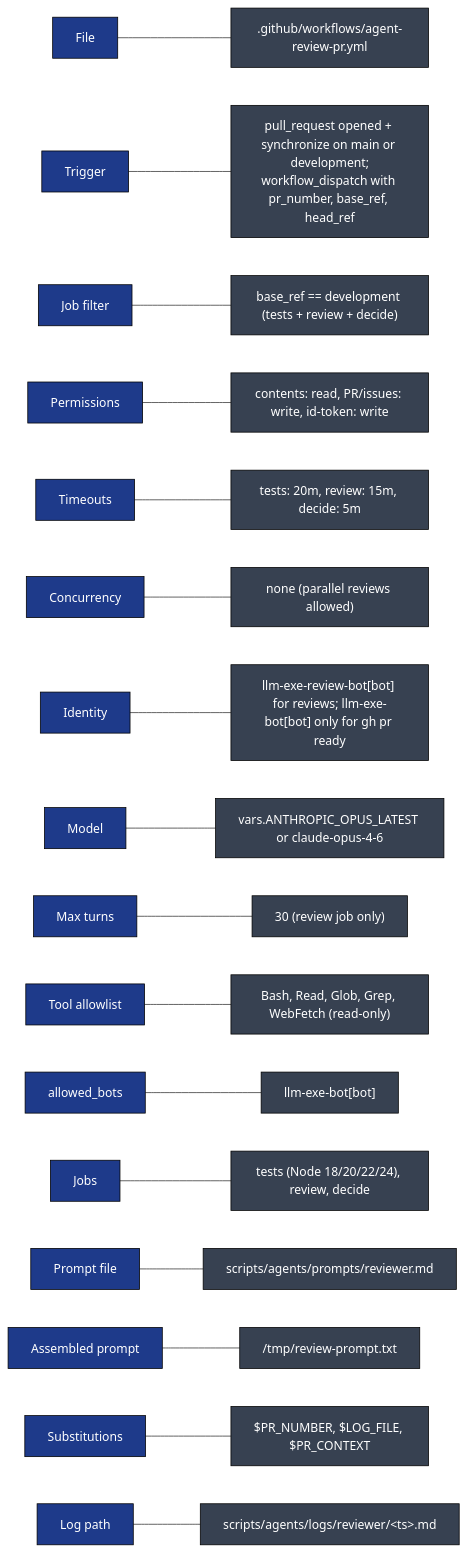
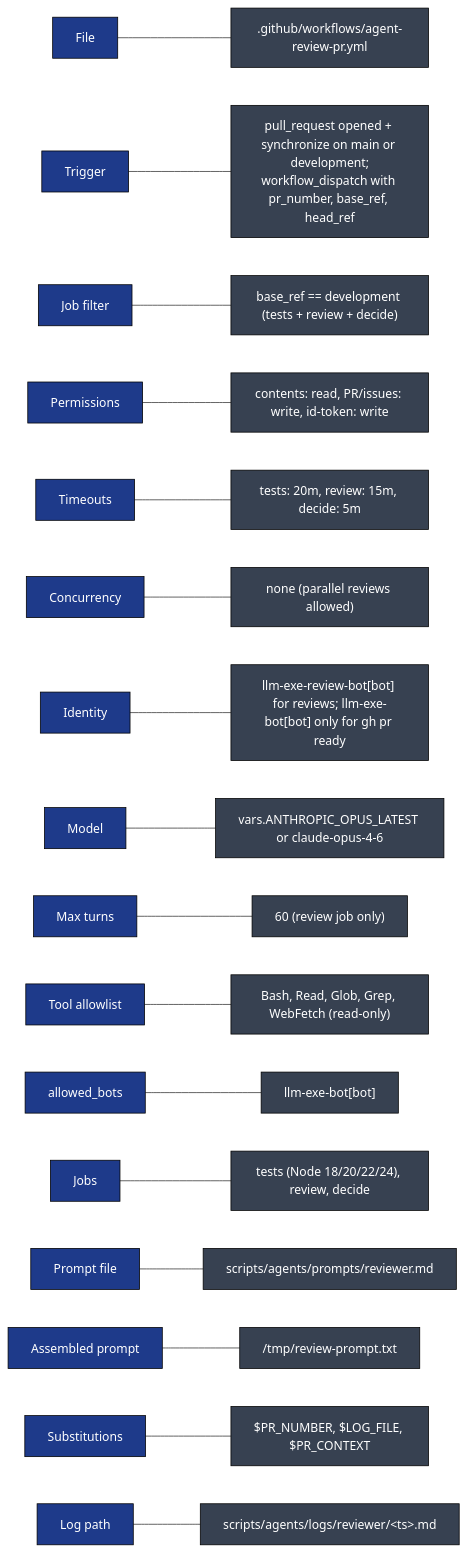
One commit to llm-exe/llm-exe changed diagram 12 of 12 in .github/docs/AGENT_REVIEW_PR_DEEP_DIVE.md. Above: the diagram before and after it, drawn with Mermaid. The commit also changed other lines of this file and 3 other files, not shown here.

````diff
--- a/.github/docs/AGENT_REVIEW_PR_DEEP_DIVE.md
+++ b/.github/docs/AGENT_REVIEW_PR_DEEP_DIVE.md
@@ -594,22 +594,22 @@
 ```mermaid
 flowchart LR
     classDef k fill:#1e3a8a,color:#fff,stroke:#000
     classDef v fill:#374151,color:#fff,stroke:#000
 
     K1["File"]:::k --- V1[".github/workflows/agent-review-pr.yml"]:::v
     K2["Trigger"]:::k --- V2["pull_request opened + synchronize on main or development;\nworkflow_dispatch with pr_number, base_ref, head_ref"]:::v
     K3["Job filter"]:::k --- V3["base_ref == development (tests + review + decide)"]:::v
     K4["Permissions"]:::k --- V4["contents: read, PR/issues: write, id-token: write"]:::v
     K5["Timeouts"]:::k --- V5["tests: 20m, review: 15m, decide: 5m"]:::v
     K6["Concurrency"]:::k --- V6["none (parallel reviews allowed)"]:::v
     K7["Identity"]:::k --- V7["llm-exe-review-bot[bot] for reviews; llm-exe-bot[bot] only for gh pr ready"]:::v
     K8["Model"]:::k --- V8["vars.ANTHROPIC_OPUS_LATEST or claude-opus-4-6"]:::v
-    K9["Max turns"]:::k --- V9["30 (review job only)"]:::v
+    K9["Max turns"]:::k --- V9["60 (review job only)"]:::v
     K10["Tool allowlist"]:::k --- V10["Bash, Read, Glob, Grep, WebFetch (read-only)"]:::v
     K11["allowed_bots"]:::k --- V11["llm-exe-bot[bot]"]:::v
     K12["Jobs"]:::k --- V12["tests (Node 18/20/22/24), review, decide"]:::v
     K13["Prompt file"]:::k --- V13["scripts/agents/prompts/reviewer.md"]:::v
     K14["Assembled prompt"]:::k --- V14["/tmp/review-prompt.txt"]:::v
     K15["Substitutions"]:::k --- V15["$PR_NUMBER, $LOG_FILE, $PR_CONTEXT"]:::v
     K16["Log path"]:::k --- V16["scripts/agents/logs/reviewer/&lt;ts&gt;.md"]:::v
 ```
````
